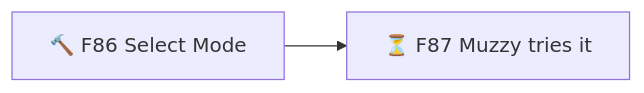
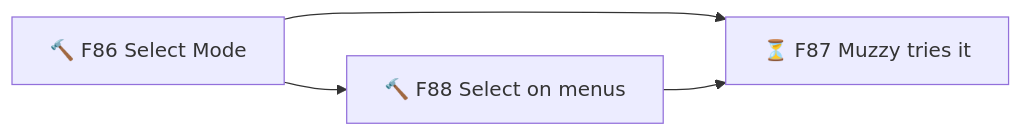
Before and after one commit to TheBlueMuzzy/glyphtender: diagram 11 of 11 in .planning/ROADMAP.md, drawn with Mermaid. The commit also changed other lines of this file and 23 other files, not shown here.

````diff
--- a/.planning/ROADMAP.md
+++ b/.planning/ROADMAP.md
@@ -297,4 +299,6 @@
 ```mermaid
 flowchart LR
   F86[🔨 F86 Select Mode] --> F87[⏳ F87 Muzzy tries it]
+  F86 --> F88[🔨 F88 Select on menus]
+  F88 --> F87
 ```
````
